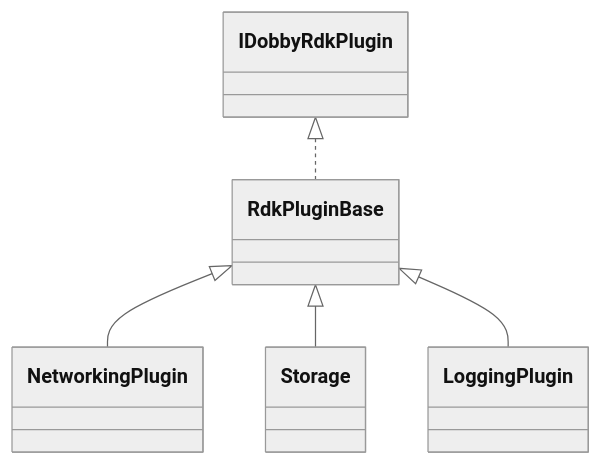
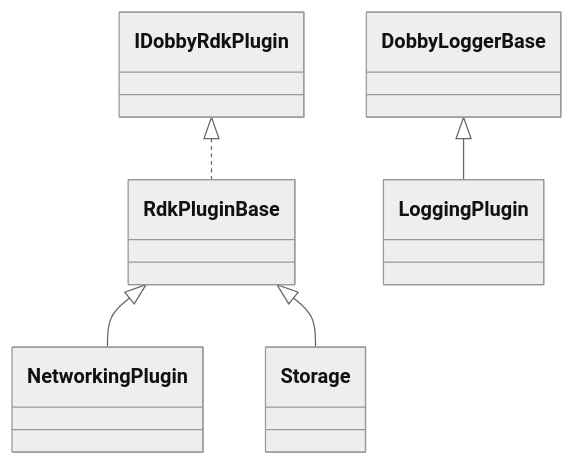
The second of 4 diagrams in rdkPlugins/README.md (rdkcentral/Dobby), drawn with Mermaid (neutral theme) before and after one commit.

Commit message:
Potential fix for pull request finding 'Correct LoggingPlugin inheritance'

````diff
--- a/rdkPlugins/README.md
+++ b/rdkPlugins/README.md
@@ -85,12 +85,13 @@
 ```mermaid
 classDiagram
     class IDobbyRdkPlugin
     class RdkPluginBase
     class NetworkingPlugin
     class Storage
     class LoggingPlugin
     IDobbyRdkPlugin <|.. RdkPluginBase
     RdkPluginBase <|-- NetworkingPlugin
     RdkPluginBase <|-- Storage
-    RdkPluginBase <|-- LoggingPlugin
+    class DobbyLoggerBase
+    DobbyLoggerBase <|-- LoggingPlugin
 ```
````
